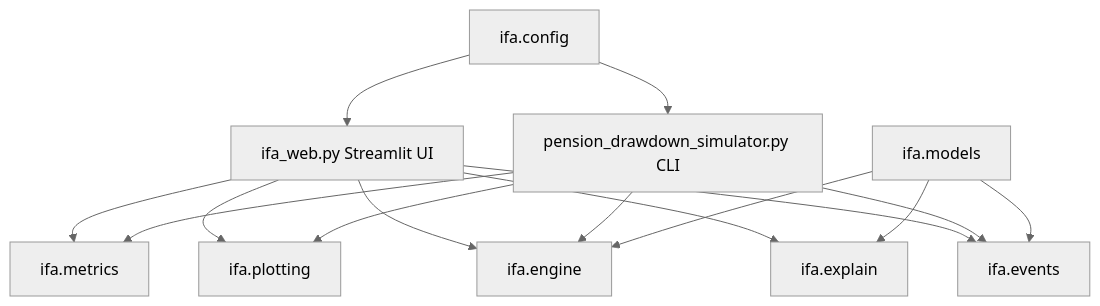
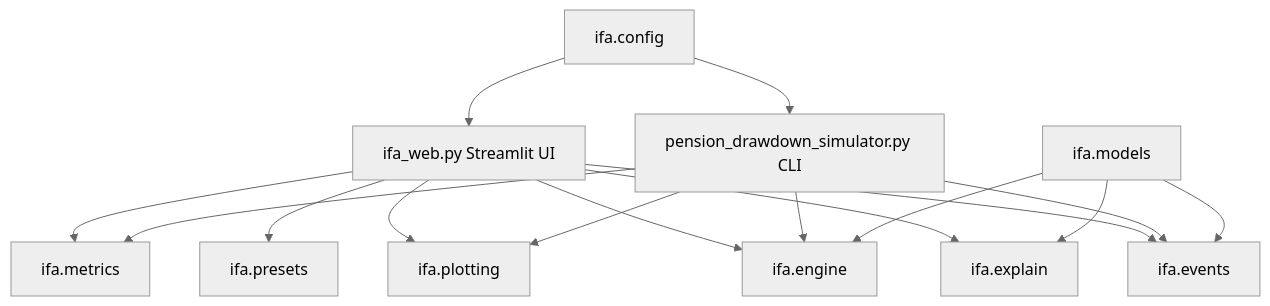
One commit to bumface11/ifa changed the first of 2 diagrams in docs/ARCHITECTURE.md. Above: the diagram before and after it, drawn with Mermaid (neutral theme). The commit also changed other lines of this file and 16 other files, not shown here.

````diff
--- a/docs/ARCHITECTURE.md
+++ b/docs/ARCHITECTURE.md
@@ -18,19 +19,20 @@
 ```mermaid
 flowchart TD
     UI[ifa_web.py Streamlit UI] --> Events[ifa.events]
     UI --> Engine[ifa.engine]
     UI --> Plotting[ifa.plotting]
     UI --> Metrics[ifa.metrics]
     UI --> Explain[ifa.explain]
+    UI --> Presets[ifa.presets]
 
     CLI[pension_drawdown_simulator.py CLI] --> Events
     CLI --> Engine
     CLI --> Plotting
     CLI --> Metrics
 
     Config[ifa.config] --> UI
     Config --> CLI
     Models[ifa.models] --> Events
     Models --> Engine
     Models --> Explain
 ```
````
